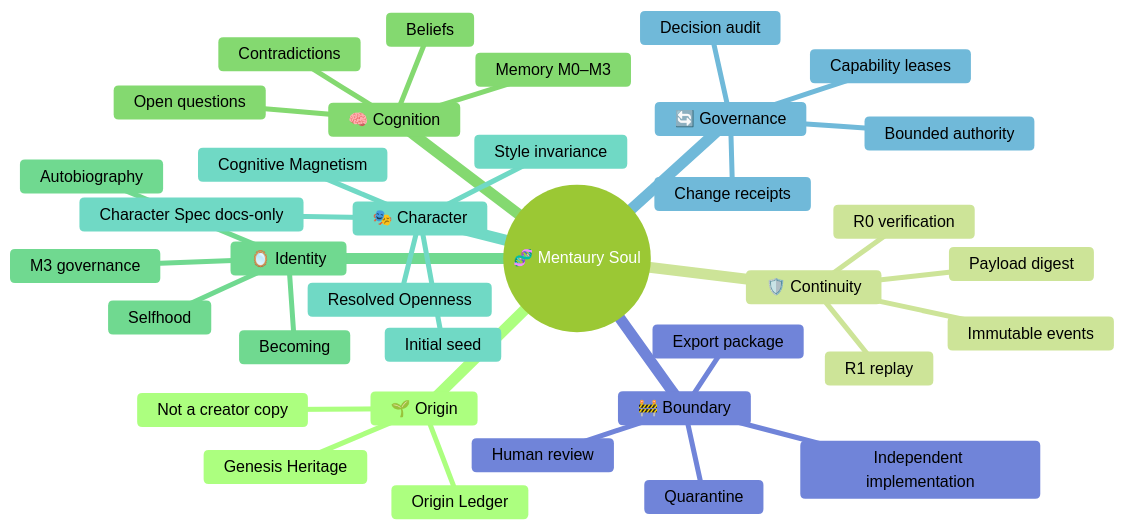
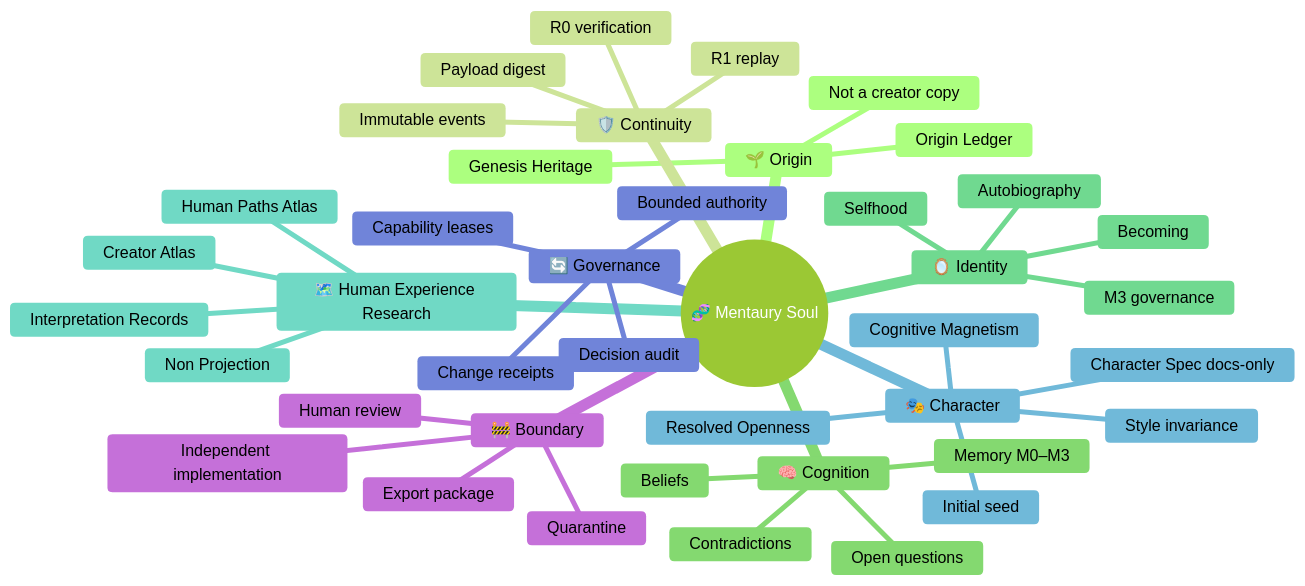
The diagram in README.md (velantrian/velantrim-mentaury-soul), drawn with Mermaid (forest theme) before and after one commit. The commit also changed other lines of this file, not shown here.

````diff
--- a/README.md
+++ b/README.md
@@ -90,39 +146,44 @@
 ```mermaid
 mindmap
   root((🧬 Mentaury Soul))
     🌱 Origin
       Genesis Heritage
       Origin Ledger
       Not a creator copy
     🛡️ Continuity
       Immutable events
       Payload digest
       R0 verification
       R1 replay
     🧠 Cognition
       Memory M0–M3
       Beliefs
       Contradictions
       Open questions
     🪞 Identity
       Selfhood
       Autobiography
       M3 governance
       Becoming
+    🗺️ Human Experience Research
+      Creator Atlas
+      Human Paths Atlas
+      Interpretation Records
+      Non Projection
     🎭 Character
       Initial seed
       Character Spec docs-only
       Cognitive Magnetism
       Resolved Openness
       Style invariance
     🔄 Governance
       Bounded authority
       Change receipts
       Decision audit
       Capability leases
     🚧 Boundary
       Export package
       Quarantine
       Human review
       Independent implementation
 ```
````
